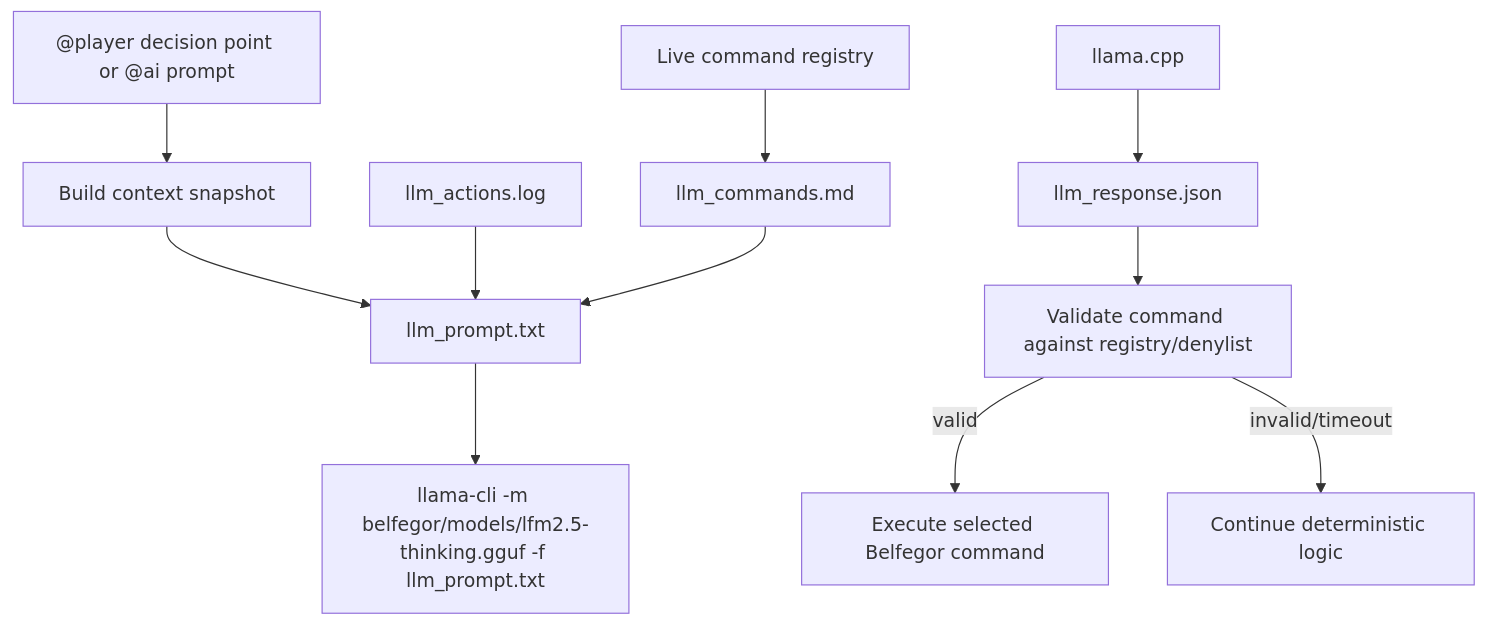
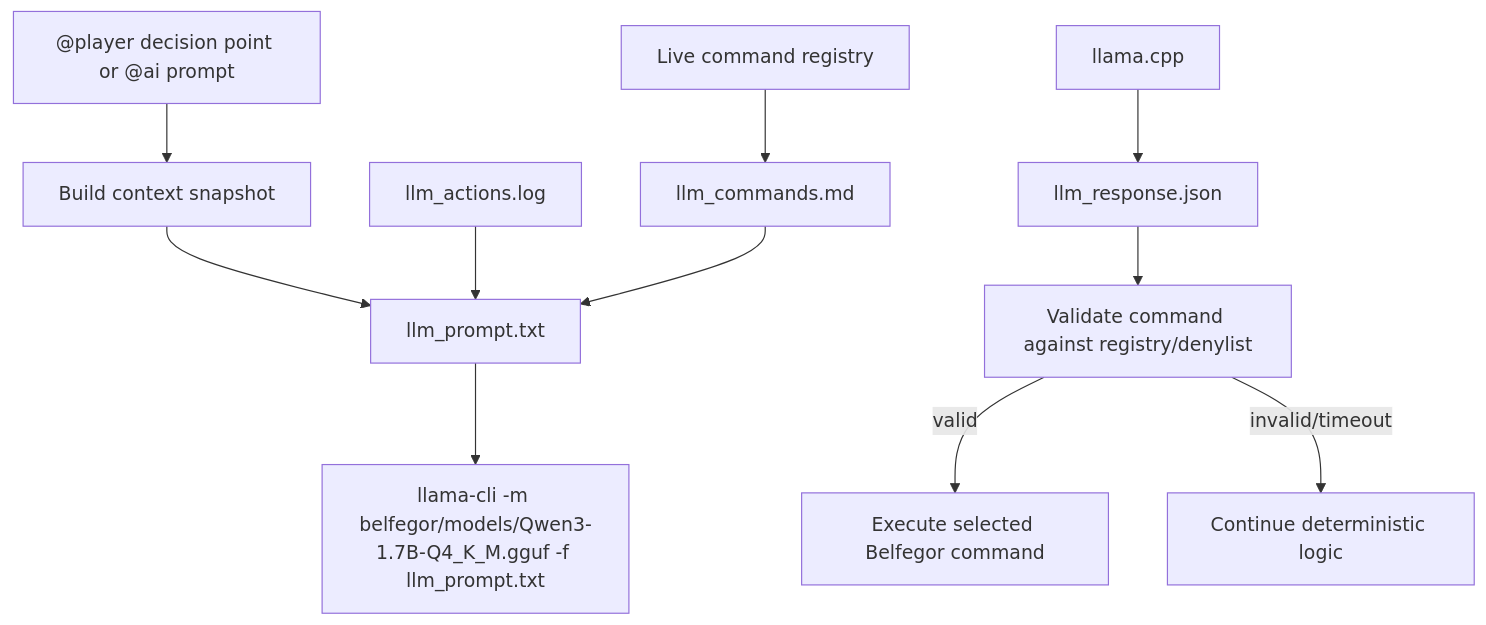
Before and after one commit to unaveragetech/Belfegor: the sixth of 8 diagrams in docs/ARCHITECTURE.md, drawn with Mermaid. The commit also changed other lines of this file and 117 other files, not shown here.

````diff
--- a/docs/ARCHITECTURE.md
+++ b/docs/ARCHITECTURE.md
@@ -156,13 +203,13 @@
 ```mermaid
 flowchart TD
     PlayerMode["@player decision point or @ai prompt"] --> Snapshot["Build context snapshot"]
     Commands["Live command registry"] --> Export["llm_commands.md"]
     Snapshot --> Prompt["llm_prompt.txt"]
     ActionLog["llm_actions.log"] --> Prompt
     Export --> Prompt
-    Prompt --> LlamaCli["llama-cli -m belfegor/models/lfm2.5-thinking.gguf -f llm_prompt.txt"]
+    Prompt --> LlamaCli["llama-cli -m belfegor/models/Qwen3-1.7B-Q4_K_M.gguf -f llm_prompt.txt"]
     llama.cpp --> Response["llm_response.json"]
     Response --> Validate["Validate command against registry/denylist"]
     Validate -- valid --> Execute["Execute selected Belfegor command"]
     Validate -- invalid/timeout --> Fallback["Continue deterministic logic"]
 ```
````
